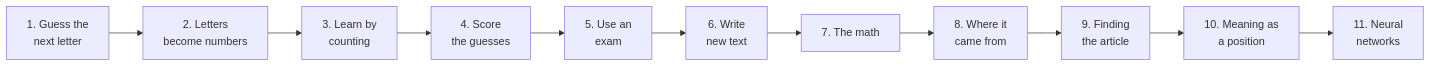
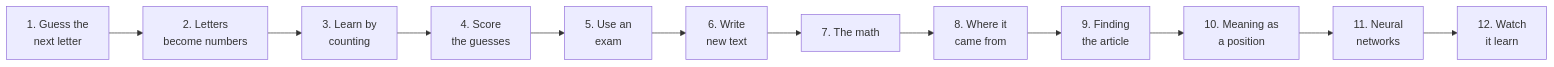
Before and after one commit to Falconiere/agavus: the diagram in learning/README.md, drawn with Mermaid. The commit also changed other lines of this file and 4 other files, not shown here.

````diff
--- a/learning/README.md
+++ b/learning/README.md
@@ -6,13 +6,14 @@
 ```mermaid
 flowchart LR
   A["1. Guess the<br/>next letter"] --> B["2. Letters<br/>become numbers"]
   B --> C["3. Learn by<br/>counting"]
   C --> D["4. Score<br/>the guesses"]
   D --> E["5. Use an<br/>exam"]
   E --> F["6. Write<br/>new text"]
   F --> G["7. The math"]
   G --> H["8. Where it<br/>came from"]
   H --> I["9. Finding<br/>the article"]
   I --> J["10. Meaning as<br/>a position"]
   J --> K["11. Neural<br/>networks"]
+  K --> L["12. Watch<br/>it learn"]
 ```
````
